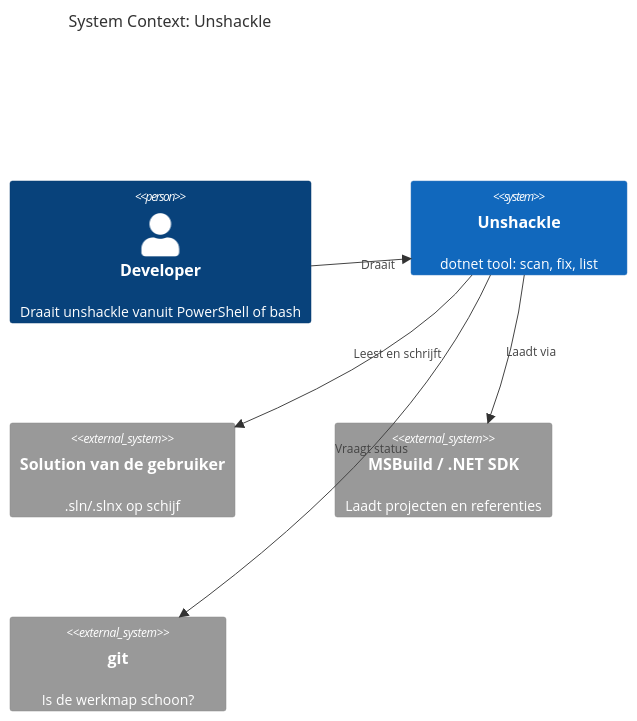
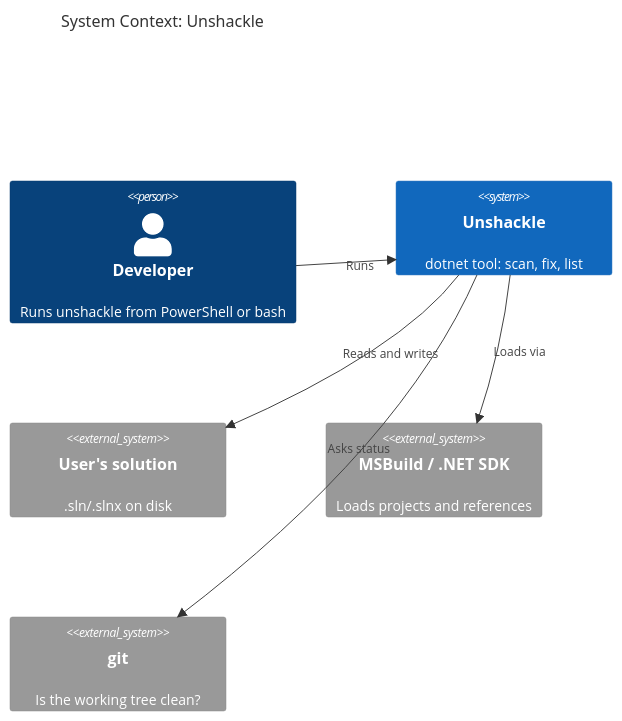
The first of 2 diagrams in docs/projectinfo/features/end-to-end-keten-plan.md (ATkingma/unshackle), drawn with Mermaid before and after one commit. The commit also changed other lines of this file and 415 other files, not shown here.

````diff
--- a/docs/projectinfo/features/end-to-end-keten-plan.md
+++ b/docs/projectinfo/features/end-to-end-keten-plan.md
@@ -103,15 +103,15 @@
 ```mermaid
 C4Context
     title System Context: Unshackle
 
-    Person(user, "Developer", "Draait unshackle vanuit PowerShell of bash")
+    Person(user, "Developer", "Runs unshackle from PowerShell or bash")
     System(unshackle, "Unshackle", "dotnet tool: scan, fix, list")
-    System_Ext(solution, "Solution van de gebruiker", ".sln/.slnx op schijf")
-    System_Ext(msbuild, "MSBuild / .NET SDK", "Laadt projecten en referenties")
-    System_Ext(git, "git", "Is de werkmap schoon?")
+    System_Ext(solution, "User's solution", ".sln/.slnx on disk")
+    System_Ext(msbuild, "MSBuild / .NET SDK", "Loads projects and references")
+    System_Ext(git, "git", "Is the working tree clean?")
 
-    Rel(user, unshackle, "Draait")
-    Rel(unshackle, solution, "Leest en schrijft")
-    Rel(unshackle, msbuild, "Laadt via")
-    Rel(unshackle, git, "Vraagt status")
+    Rel(user, unshackle, "Runs")
+    Rel(unshackle, solution, "Reads and writes")
+    Rel(unshackle, msbuild, "Loads via")
+    Rel(unshackle, git, "Asks status")
 ```
````
